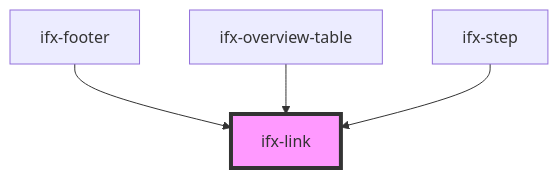
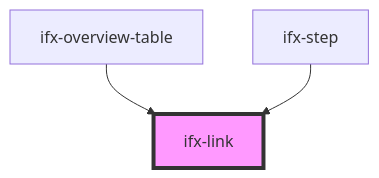
Before and after one commit to Infineon/infineon-design-system-stencil: the diagram in packages/components/src/components/link/readme.md, drawn with Mermaid. The commit also changed other lines of this file and 8 other files, not shown here.

````diff
--- a/packages/components/src/components/link/readme.md
+++ b/packages/components/src/components/link/readme.md
@@ -28,7 +27,6 @@
 ```mermaid
 graph TD;
-  ifx-footer --> ifx-link
   ifx-overview-table --> ifx-link
   ifx-step --> ifx-link
   style ifx-link fill:#f9f,stroke:#333,stroke-width:4px
 ```
````
